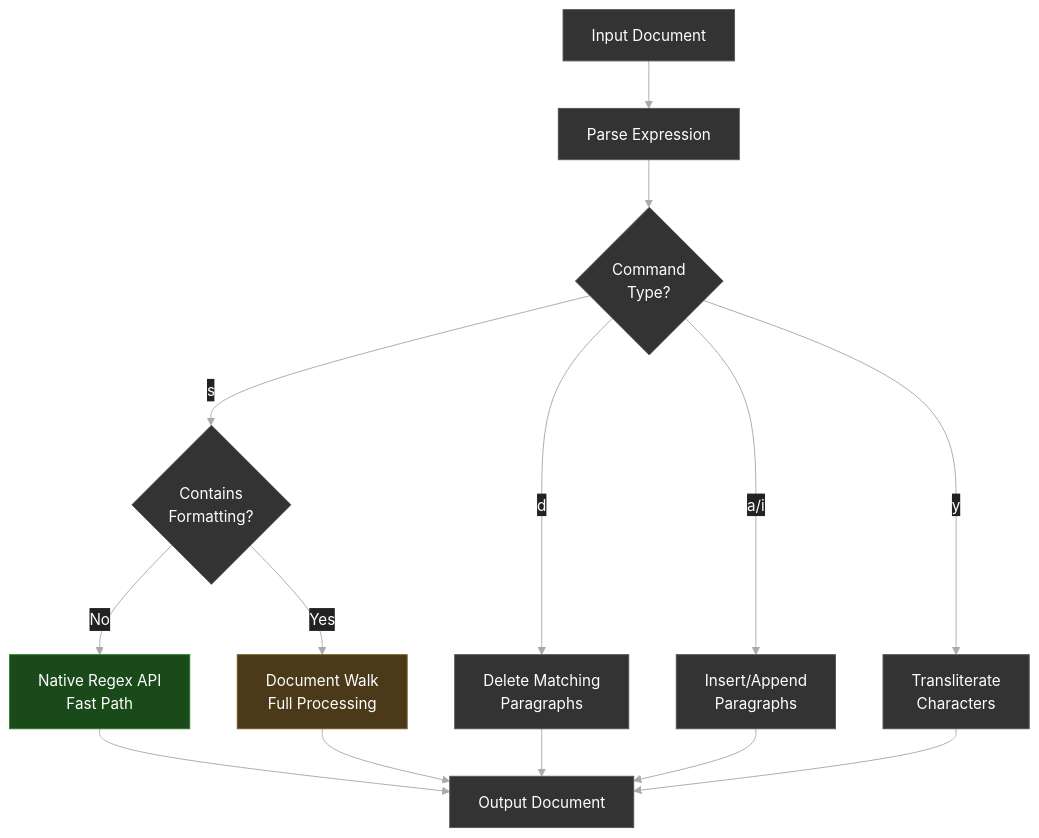
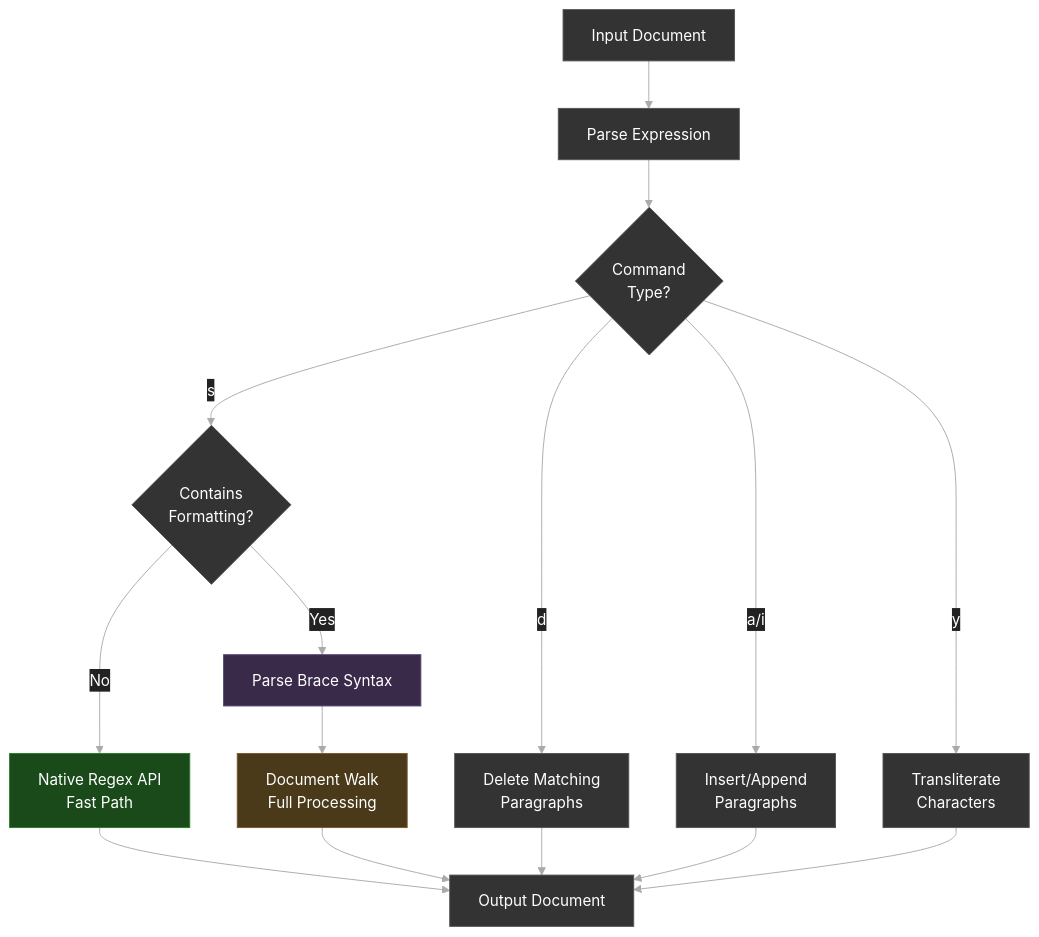
One commit to visionik/sedmat changed the second of 3 diagrams in README.md. Above: the diagram before and after it, drawn with Mermaid. The commit also changed other lines of this file, not shown here.

First line of the commit message:
docs: v3.2 — remove deprecated sections, clean up syntax

````diff
--- a/README.md
+++ b/README.md
@@ -95,20 +95,22 @@
 ```mermaid
 %%{init: {'theme': 'base', 'themeVariables': { 'primaryColor': '#333333', 'primaryTextColor': '#ffffff', 'primaryBorderColor': '#555555', 'lineColor': '#aaaaaa', 'secondaryColor': '#2a2a2a', 'tertiaryColor': '#222222', 'background': '#111111', 'edgeLabelBackground': '#222222' }}}%%
 flowchart TB
     INPUT[Input Document] --> PARSE[Parse Expression]
     PARSE --> CMD{Command<br/>Type?}
     CMD -->|s| HASFORMAT{Contains<br/>Formatting?}
     CMD -->|d| DELETE[Delete Matching<br/>Paragraphs]
     CMD -->|a/i| INSERT[Insert/Append<br/>Paragraphs]
     CMD -->|y| XLAT[Transliterate<br/>Characters]
     HASFORMAT -->|No| NATIVE[Native Regex API<br/>Fast Path]
-    HASFORMAT -->|Yes| WALK[Document Walk<br/>Full Processing]
+    HASFORMAT -->|Yes| BRACEPARSE[Parse Brace Syntax]
+    BRACEPARSE --> WALK[Document Walk<br/>Full Processing]
     NATIVE --> OUTPUT[Output Document]
     WALK --> OUTPUT
     DELETE --> OUTPUT
     INSERT --> OUTPUT
     XLAT --> OUTPUT
     
     style NATIVE fill:#1a4a1a,color:#ffffff,stroke:#2a7a2a
     style WALK fill:#4a3a1a,color:#ffffff,stroke:#7a5a2a
+    style BRACEPARSE fill:#3a2a4a,color:#ffffff,stroke:#5a4a7a
 ```
````
